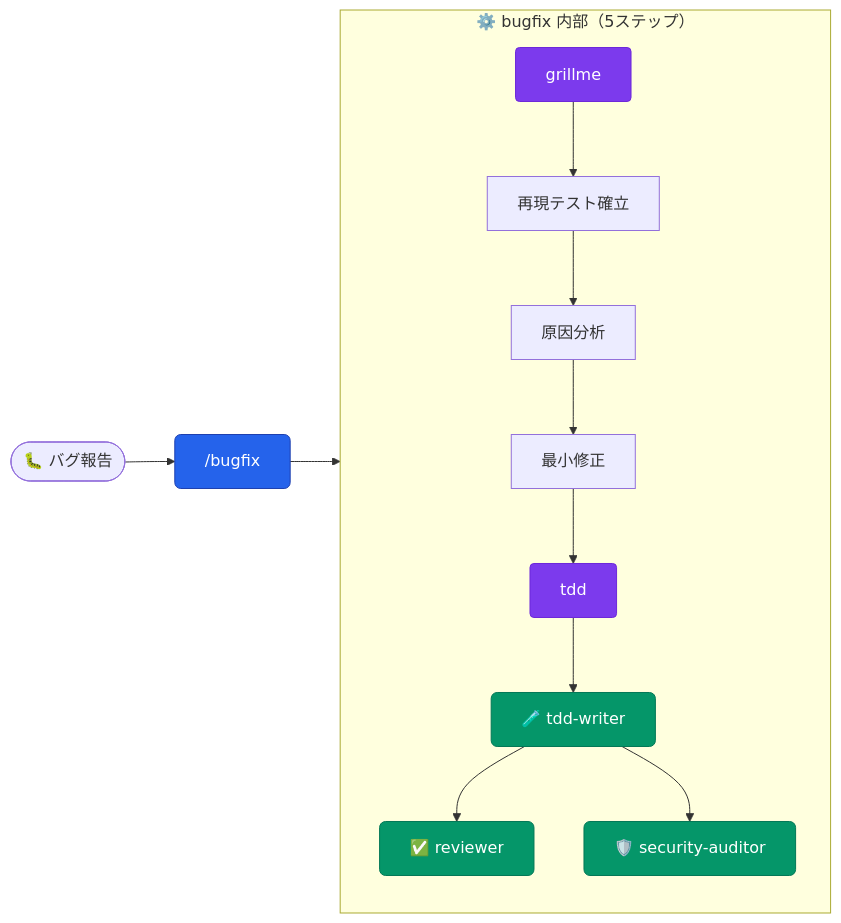
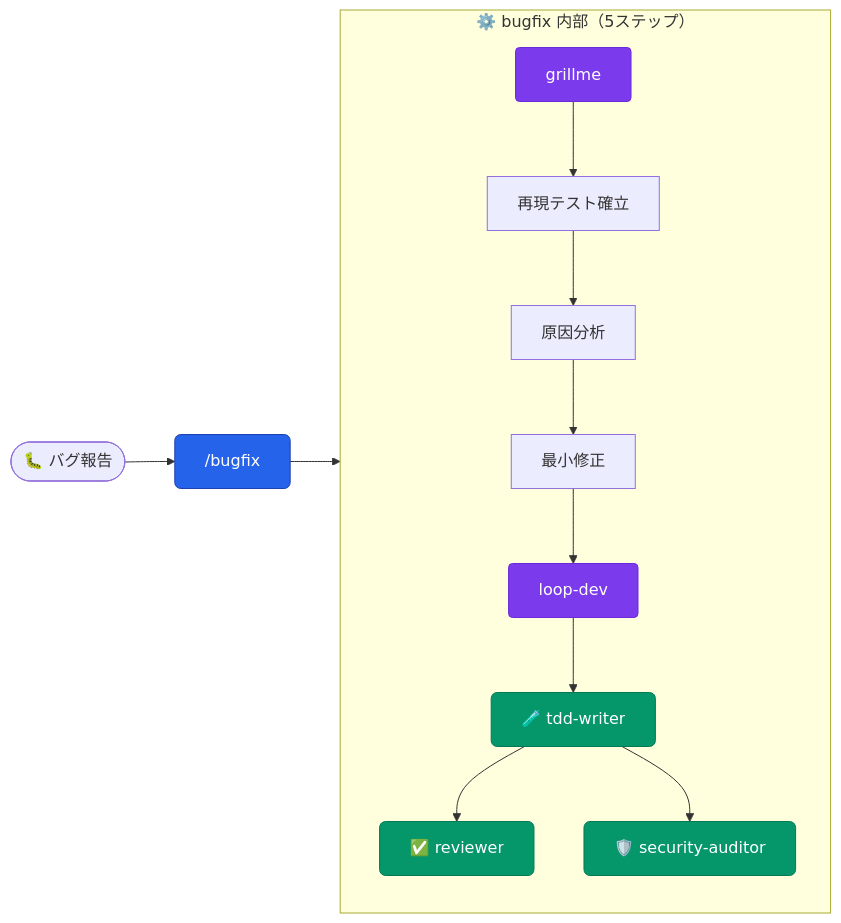
The second of 12 diagrams in README.md (aokumablue/claq), drawn with Mermaid before and after one commit. The commit also changed other lines of this file and 2 other files, not shown here.

````diff
--- a/README.md
+++ b/README.md
@@ -159,21 +159,21 @@
 ```mermaid
 flowchart LR
   classDef cmd    fill:#2563eb,stroke:#1e40af,color:#fff,rx:6
   classDef agent  fill:#059669,stroke:#047857,color:#fff,rx:6
   classDef skill  fill:#7c3aed,stroke:#6d28d9,color:#fff,rx:4
 
   U(["🐛 バグ報告"]) --> CB["/bugfix"]:::cmd
 
   subgraph bugfix["⚙️ bugfix 内部（5ステップ）"]
     direction TB
     SG["grillme"]:::skill --> REPRO["再現テスト確立"]
     REPRO --> ROOT["原因分析"]
     ROOT --> FIX["最小修正"]
-    FIX --> ST["tdd"]:::skill
+    FIX --> ST["loop-dev"]:::skill
     ST --> AT["🧪 tdd-writer"]:::agent
     AT --> AR["✅ reviewer"]:::agent
     AT --> ASEC["🛡️ security-auditor"]:::agent
   end
 
   CB --> bugfix
 ```
````
